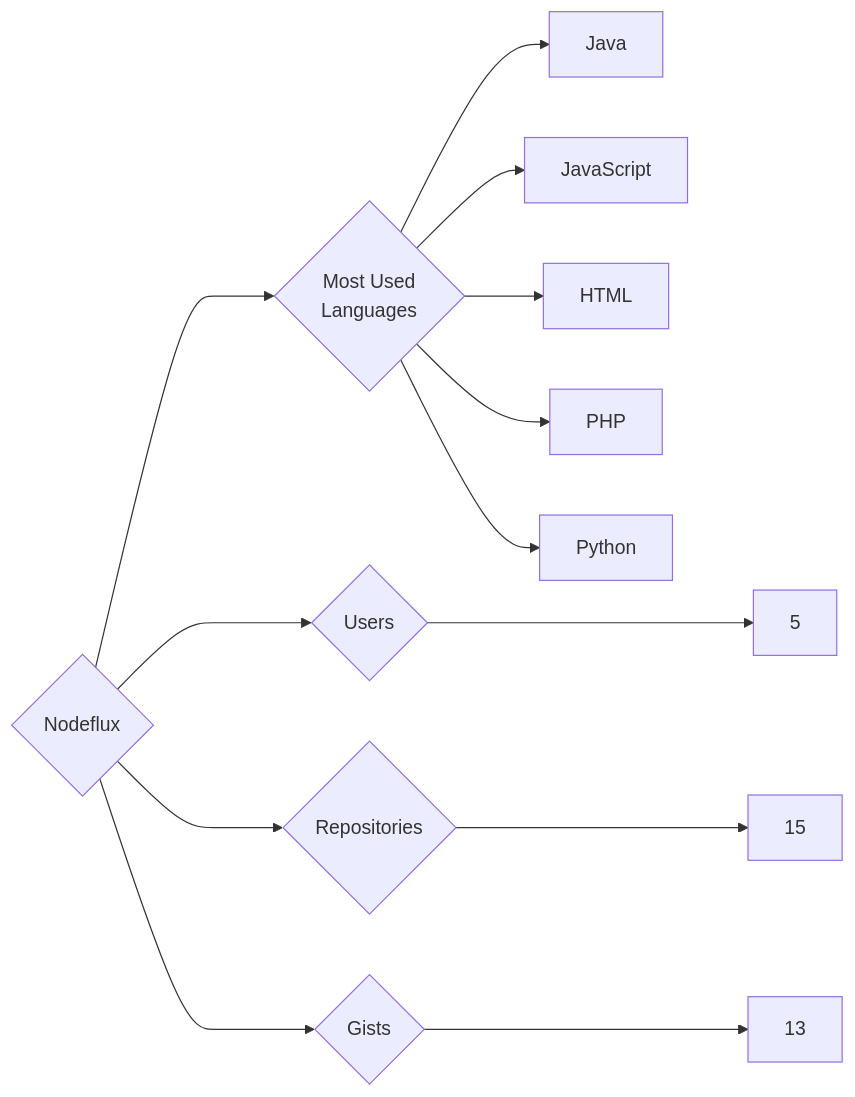
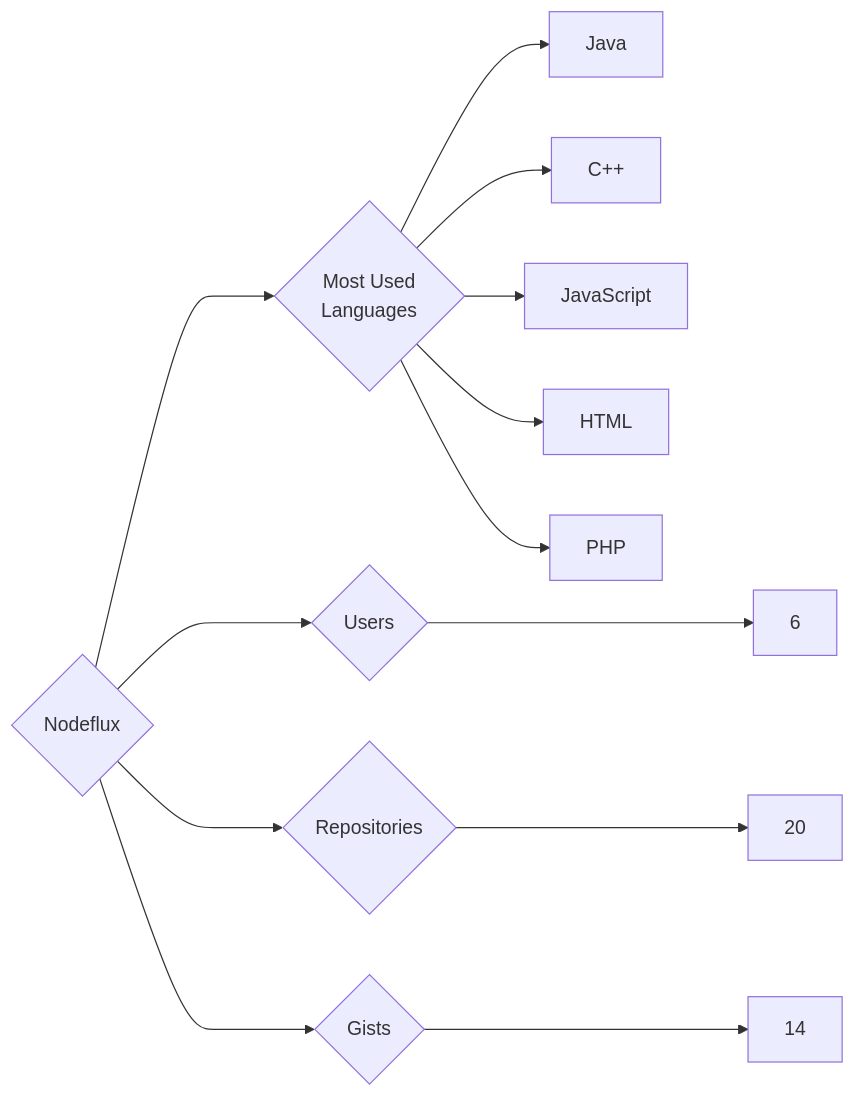
The diagram in targets/Nodeflux/README.md (trickest/insiders), drawn with Mermaid before and after one commit. The commit also changed 1484 other files, not shown here.

````diff
--- a/targets/Nodeflux/README.md
+++ b/targets/Nodeflux/README.md
@@ -3,13 +3,13 @@
 ```mermaid
 graph LR
 COMPANY_NAME{Nodeflux}
-COMPANY_NAME ---> U{Users} ---> UN[5]
-COMPANY_NAME ---> R{Repositories} ---> RN[15]
-COMPANY_NAME ---> G{Gists} ---> GN[13]
+COMPANY_NAME ---> U{Users} ---> UN[6]
+COMPANY_NAME ---> R{Repositories} ---> RN[20]
+COMPANY_NAME ---> G{Gists} ---> GN[14]
 COMPANY_NAME ---> ML{Most Used<br>Languages}
 ML --> Java[Java]
+ML --> C++[C++]
 ML --> JavaScript[JavaScript]
 ML --> HTML[HTML]
 ML --> PHP[PHP]
-ML --> Python[Python]
 ```
````
